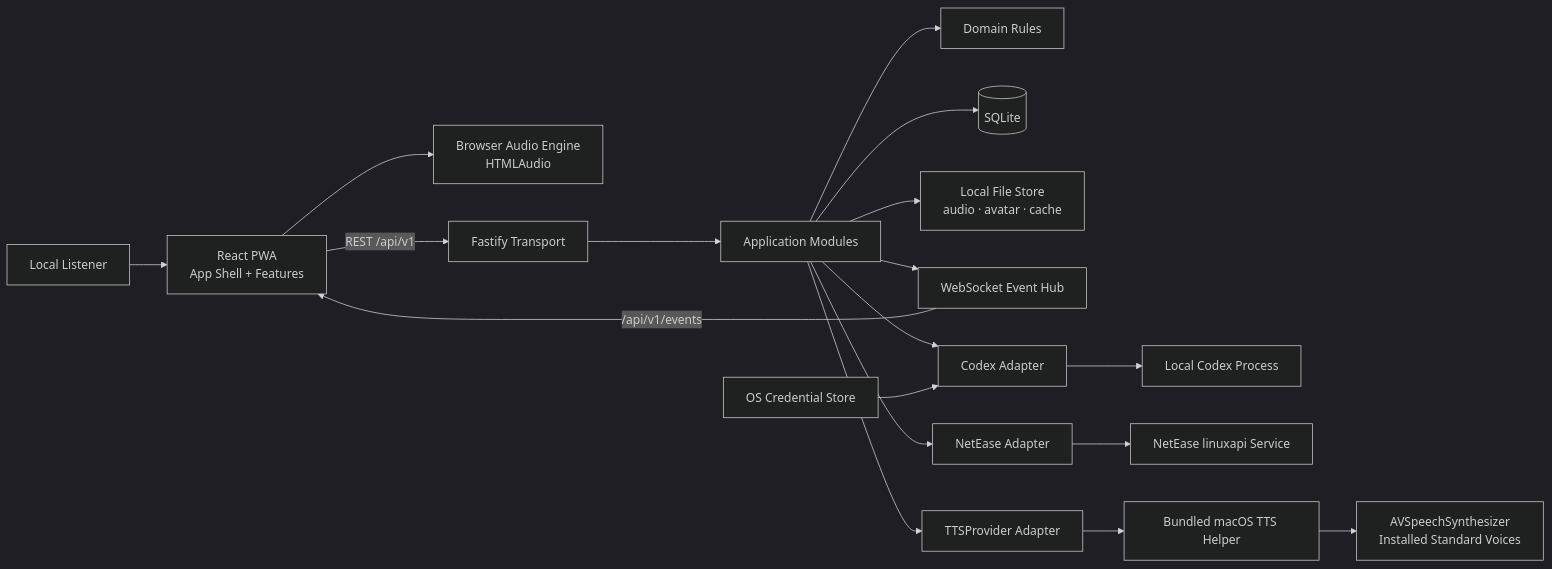
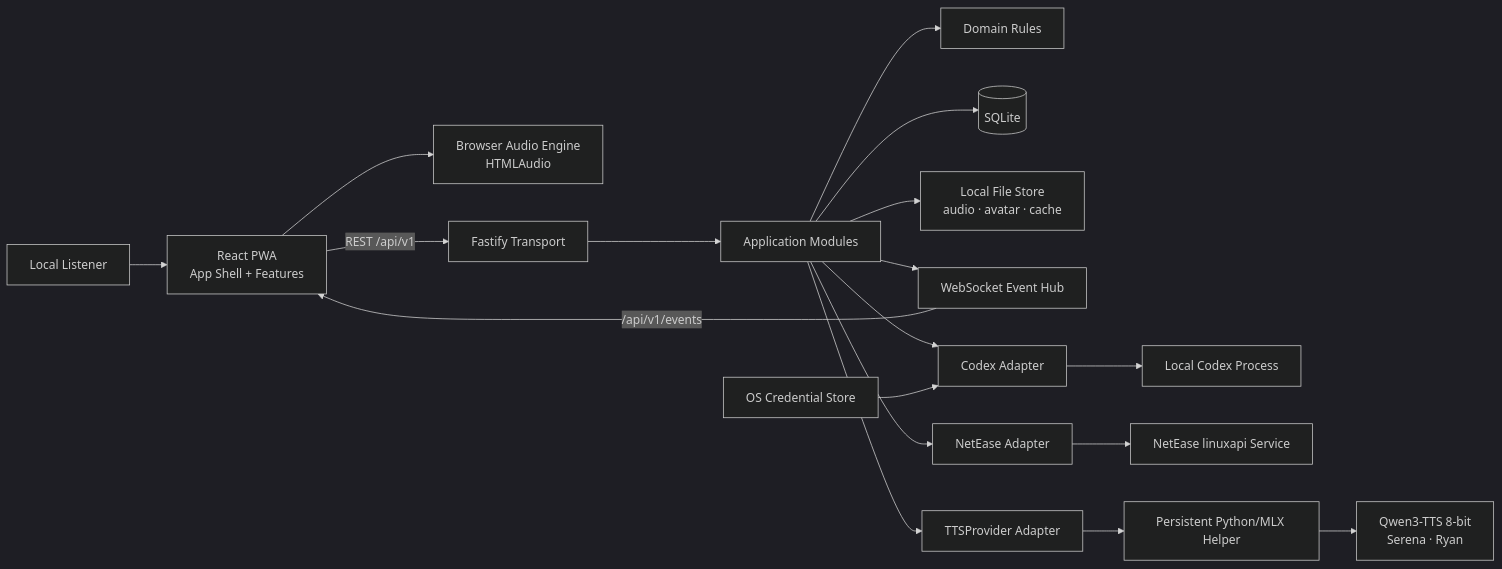
One commit to komochi007/koradio changed the first of 8 diagrams in architecture.md. Above: the diagram before and after it, drawn with Mermaid (dark theme). The commit also changed other lines of this file and 67 other files, not shown here.

Commit message:
feat(UX-10): replace system TTS with local Qwen3 voices

````diff
--- a/architecture.md
+++ b/architecture.md
@@ -36,20 +36,20 @@
 ```mermaid
 flowchart LR
     User["Local Listener"] --> Web["React PWA<br/>App Shell + Features"]
     Web --> Audio["Browser Audio Engine<br/>HTMLAudio"]
     Web -->|"REST /api/v1"| API["Fastify Transport"]
     API --> Modules["Application Modules"]
     Modules --> Domain["Domain Rules"]
     Modules --> DB[("SQLite")]
     Modules --> Files["Local File Store<br/>audio · avatar · cache"]
     Modules --> Events["WebSocket Event Hub"]
     Events -->|"/api/v1/events"| Web
     Modules --> Codex["Codex Adapter"]
     Modules --> Music["NetEase Adapter"]
     Modules --> TTS["TTSProvider Adapter"]
     Codex --> CodexExt["Local Codex Process"]
     Music --> MusicExt["NetEase linuxapi Service"]
-    TTS --> TTSHelper["Bundled macOS TTS Helper"]
-    TTSHelper --> AppleTTS["AVSpeechSynthesizer<br/>Installed Standard Voices"]
+    TTS --> TTSHelper["Persistent Python/MLX Helper"]
+    TTSHelper --> QwenTTS["Qwen3-TTS 8-bit<br/>Serena · Ryan"]
     Secrets["OS Credential Store"] --> Codex
 ```
````
